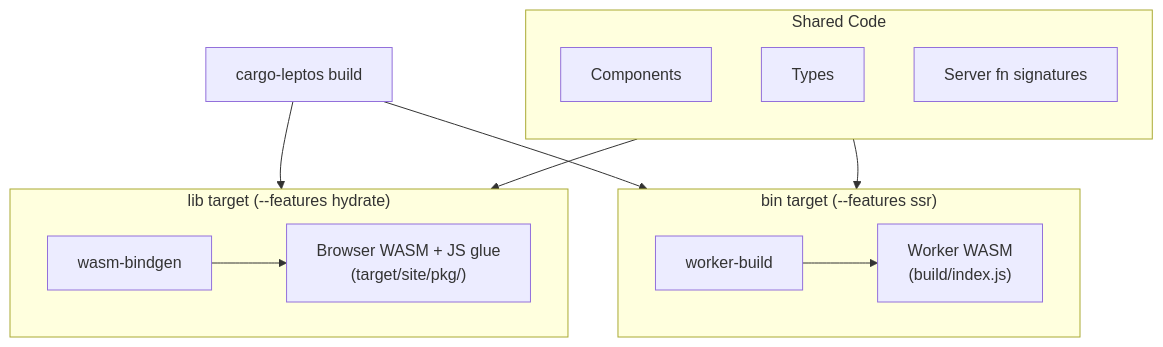
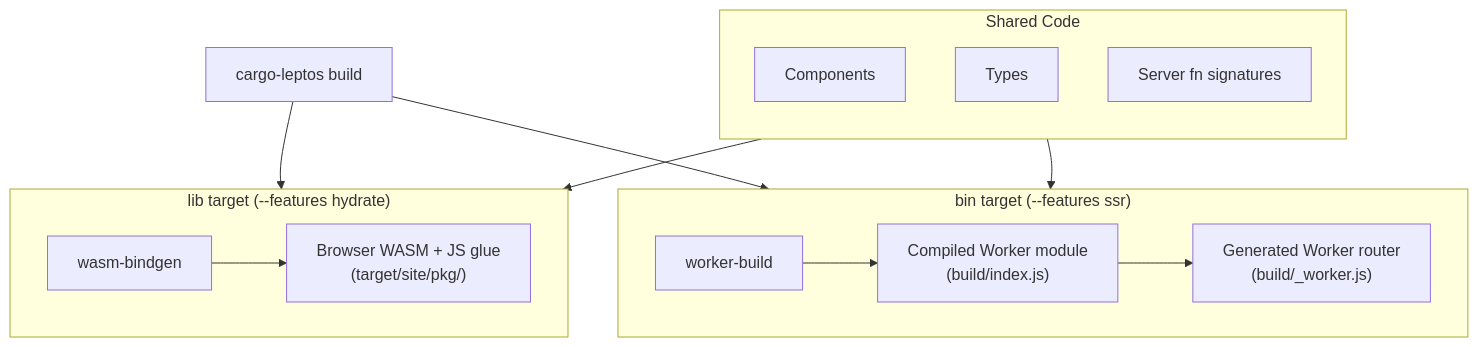
One commit to rogu3bear/leptos-cloudflare changed the diagram in docs/diagrams/compilation-model.mmd. Above: the diagram before and after it, drawn with Mermaid. The commit also changed 40 other files, not shown here.

```diff
--- a/docs/diagrams/compilation-model.mmd
+++ b/docs/diagrams/compilation-model.mmd
@@ -1,27 +1,29 @@
 flowchart TB
     cargo["cargo-leptos build"]
 
     subgraph shared["Shared Code"]
         direction TB
         comp["Components"]
         types["Types"]
         sigs["Server fn signatures"]
     end
 
     subgraph lib_branch["lib target (--features hydrate)"]
         wb["wasm-bindgen"]
         wasm_out["Browser WASM + JS glue\n(target/site/pkg/)"]
     end
 
     subgraph bin_branch["bin target (--features ssr)"]
         worker_build["worker-build"]
-        worker_out["Worker WASM\n(build/index.js)"]
+        worker_out["Compiled Worker module\n(build/index.js)"]
+        shim["Generated Worker router\n(build/_worker.js)"]
     end
 
     cargo --> lib_branch
     cargo --> bin_branch
     wb --> wasm_out
     worker_build --> worker_out
+    worker_out --> shim
 
     shared --> lib_branch
     shared --> bin_branch
```
